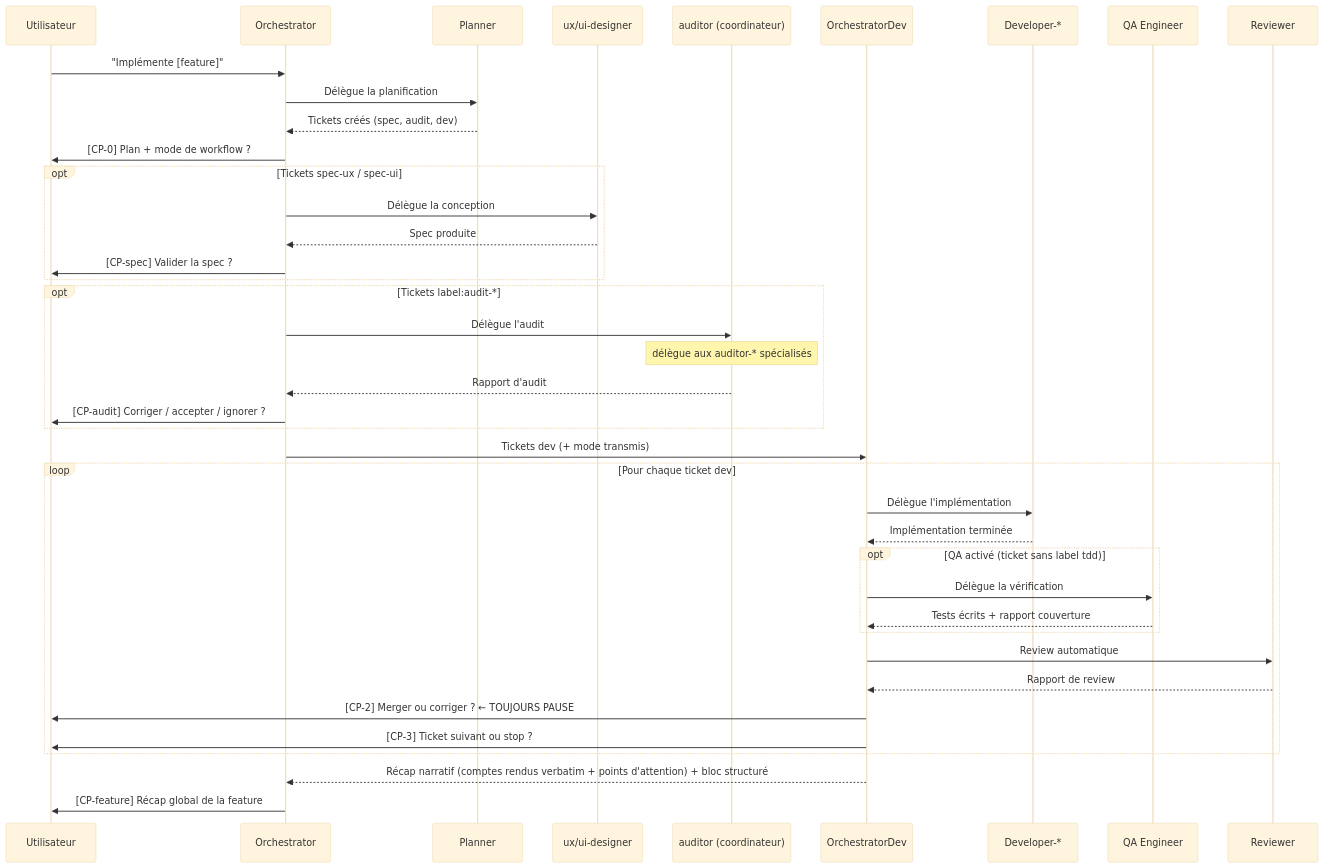
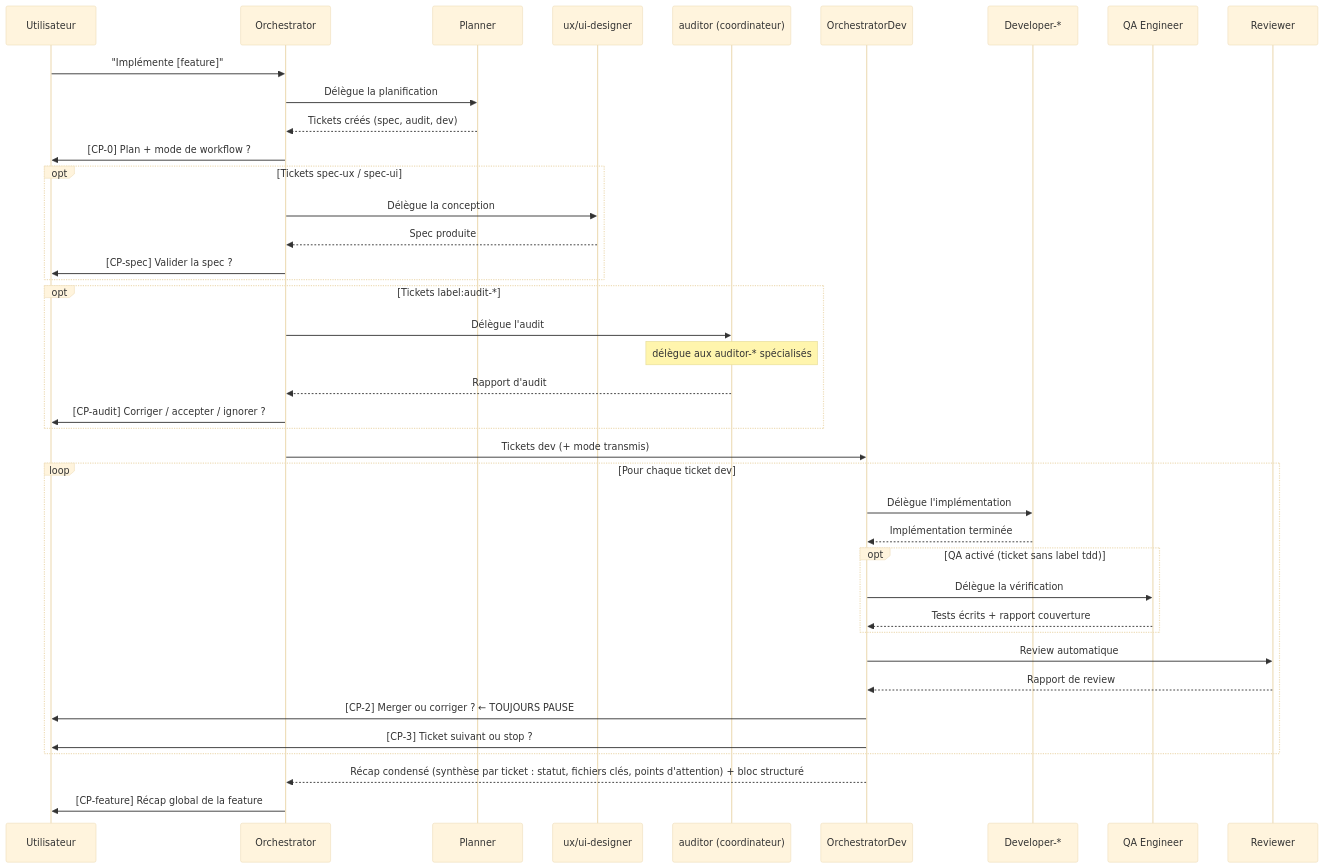
The second of 3 diagrams in docs/architecture/overview.fr.md (datichb/openhub), drawn with Mermaid (base theme) before and after one commit. The commit also changed 16 other files, not shown here.

````diff
--- a/docs/architecture/overview.fr.md
+++ b/docs/architecture/overview.fr.md
@@ -93,47 +93,47 @@
 ```mermaid
 sequenceDiagram
     participant U as Utilisateur
     participant O as Orchestrator
     participant PL as Planner
     participant DS as ux/ui-designer
     participant AU as auditor (coordinateur)
     participant OD as OrchestratorDev
     participant DEV as Developer-*
     participant QA as QA Engineer
     participant R as Reviewer
 
     U->>O: "Implémente [feature]"
     O->>PL: Délègue la planification
     PL-->>O: Tickets créés (spec, audit, dev)
     O->>U: [CP-0] Plan + mode de workflow ?
 
     opt Tickets spec-ux / spec-ui
         O->>DS: Délègue la conception
         DS-->>O: Spec produite
         O->>U: [CP-spec] Valider la spec ?
     end
 
     opt Tickets label:audit-*
         O->>AU: Délègue l'audit
         Note over AU: délègue aux auditor-* spécialisés
         AU-->>O: Rapport d'audit
         O->>U: [CP-audit] Corriger / accepter / ignorer ?
     end
 
     O->>OD: Tickets dev (+ mode transmis)
     loop Pour chaque ticket dev
         OD->>DEV: Délègue l'implémentation
         DEV-->>OD: Implémentation terminée
         opt QA activé (ticket sans label tdd)
             OD->>QA: Délègue la vérification
             QA-->>OD: Tests écrits + rapport couverture
         end
         OD->>R: Review automatique
         R-->>OD: Rapport de review
         OD->>U: [CP-2] Merger ou corriger ? ← TOUJOURS PAUSE
         OD->>U: [CP-3] Ticket suivant ou stop ?
     end
-    OD-->>O: Récap narratif (comptes rendus verbatim + points d'attention) + bloc structuré
+    OD-->>O: Récap condensé (synthèse par ticket : statut, fichiers clés, points d'attention) + bloc structuré
 
     O->>U: [CP-feature] Récap global de la feature
 ```
````
